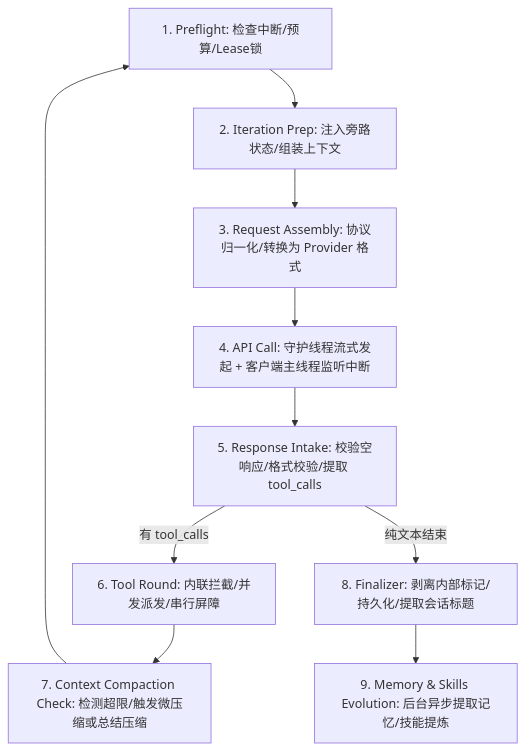
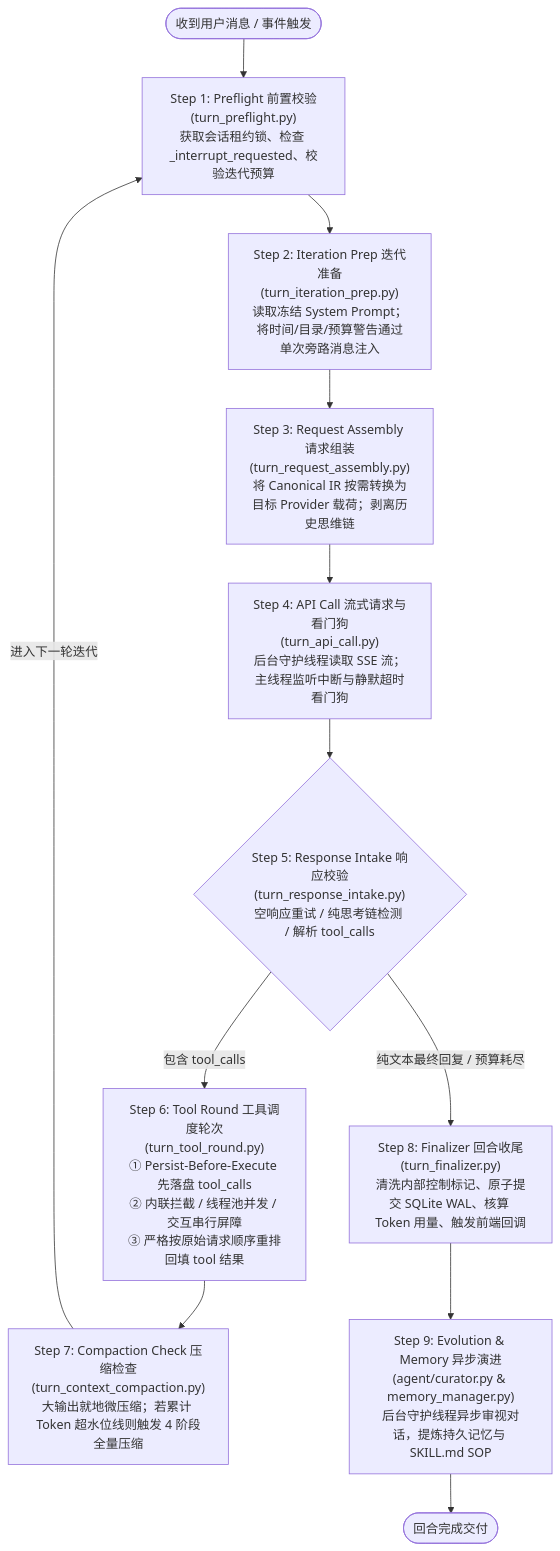
Before and after one commit to feixiao/hermes-agent: the second of 12 diagrams in docs/harness/harness-deep-dive.md, drawn with Mermaid. The commit also changed other lines of this file and 1 other file, not shown here.

First line of the commit message:
docs: upgrade harness-deep-dive.md into full panoramic architecture master doc

````diff
--- a/docs/harness/harness-deep-dive.md
+++ b/docs/harness/harness-deep-dive.md
@@ -43,12 +138,16 @@
 ```mermaid
 flowchart TD
-    S1[1. Preflight: 检查中断/预算/Lease锁] --> S2[2. Iteration Prep: 注入旁路状态/组装上下文]
-    S2 --> S3[3. Request Assembly: 协议归一化/转换为 Provider 格式]
-    S3 --> S4[4. API Call: 守护线程流式发起 + 客户端主线程监听中断]
-    S4 --> S5[5. Response Intake: 校验空响应/格式校验/提取 tool_calls]
-    S5 -->|有 tool_calls| S6[6. Tool Round: 内联拦截/并发派发/串行屏障]
-    S6 --> S7[7. Context Compaction Check: 检测超限/触发微压缩或总结压缩]
-    S7 --> S1
-    S5 -->|纯文本结束| S8[8. Finalizer: 剥离内部标记/持久化/提取会话标题]
-    S8 --> S9[9. Memory & Skills Evolution: 后台异步提取记忆/技能提炼]
+    Start(["收到用户消息 / 事件触发"]) --> S1["Step 1: Preflight 前置校验<br/>(turn_preflight.py)<br/>获取会话租约锁、检查 _interrupt_requested、校验迭代预算"]
+    S1 --> S2["Step 2: Iteration Prep 迭代准备<br/>(turn_iteration_prep.py)<br/>读取冻结 System Prompt；将时间/目录/预算警告通过单次旁路消息注入"]
+    S2 --> S3["Step 3: Request Assembly 请求组装<br/>(turn_request_assembly.py)<br/>将 Canonical IR 按需转换为目标 Provider 载荷；剥离历史思维链"]
+    S3 --> S4["Step 4: API Call 流式请求与看门狗<br/>(turn_api_call.py)<br/>后台守护线程读取 SSE 流；主线程监听中断与静默超时看门狗"]
+    S4 --> S5{"Step 5: Response Intake 响应校验<br/>(turn_response_intake.py)<br/>空响应重试 / 纯思考链检测 / 解析 tool_calls"}
+
+    S5 -->|"包含 tool_calls"| S6["Step 6: Tool Round 工具调度轮次<br/>(turn_tool_round.py)<br/>① Persist-Before-Execute 先落盘 tool_calls<br/>② 内联拦截 / 线程池并发 / 交互串行屏障<br/>③ 严格按原始请求顺序重排回填 tool 结果"]
+    S6 --> S7["Step 7: Compaction Check 压缩检查<br/>(turn_context_compaction.py)<br/>大输出就地微压缩；若累计 Token 超水位线则触发 4 阶段全量压缩"]
+    S7 -->|"进入下一轮迭代"| S1
+
+    S5 -->|"纯文本最终回复 / 预算耗尽"| S8["Step 8: Finalizer 回合收尾<br/>(turn_finalizer.py)<br/>清洗内部控制标记、原子提交 SQLite WAL、核算 Token 用量、触发前端回调"]
+    S8 --> S9["Step 9: Evolution & Memory 异步演进<br/>(agent/curator.py & memory_manager.py)<br/>后台守护线程异步审视对话，提炼持久记忆与 SKILL.md SOP"]
+    S9 --> End(["回合完成交付"])
 ```
````
